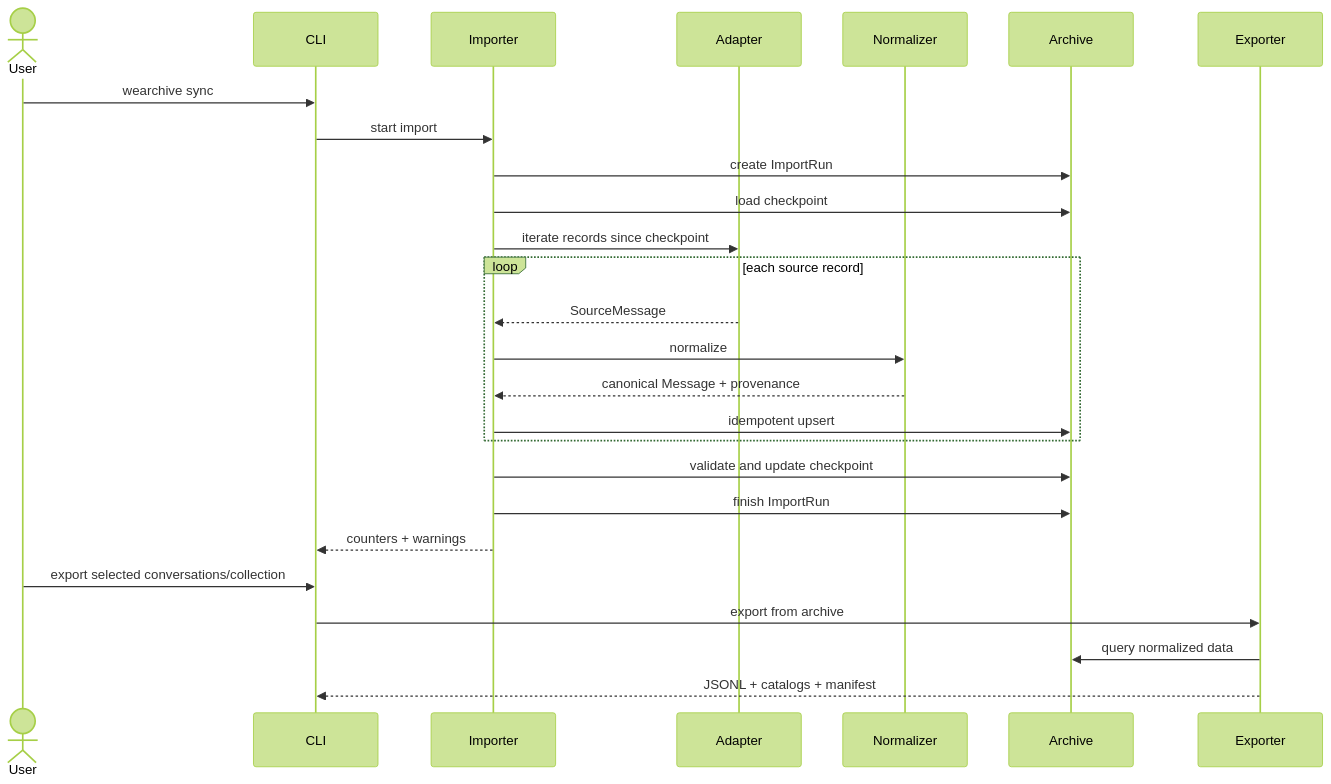
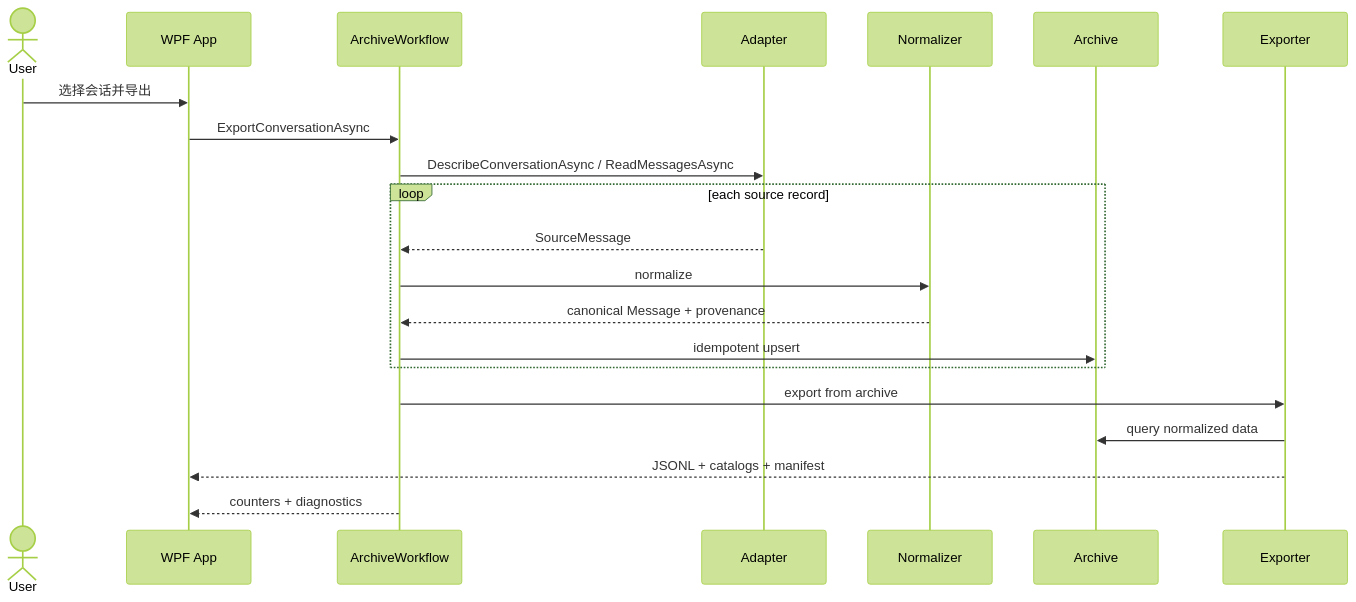
One commit to lybym/WeArchive changed the second of 3 diagrams in docs/ARCHITECTURE.md. Above: the diagram before and after it, drawn with Mermaid (forest theme). The commit also changed other lines of this file and 95 other files, not shown here.

First line of the commit message:
feat: WeArchive MVP - .NET 10 / WPF local WeChat archive and JSONL export (#4)

````diff
--- a/docs/ARCHITECTURE.md
+++ b/docs/ARCHITECTURE.md
@@ -169,30 +261,24 @@
 ```mermaid
 sequenceDiagram
     actor User
-    participant CLI
-    participant Importer
+    participant App as WPF App
+    participant Workflow as ArchiveWorkflow
     participant Adapter
     participant Normalizer
     participant Archive
     participant Exporter
 
-    User->>CLI: wearchive sync
-    CLI->>Importer: start import
-    Importer->>Archive: create ImportRun
-    Importer->>Archive: load checkpoint
-    Importer->>Adapter: iterate records since checkpoint
+    User->>App: 选择会话并导出
+    App->>Workflow: ExportConversationAsync
+    Workflow->>Adapter: DescribeConversationAsync / ReadMessagesAsync
     loop each source record
-        Adapter-->>Importer: SourceMessage
-        Importer->>Normalizer: normalize
-        Normalizer-->>Importer: canonical Message + provenance
-        Importer->>Archive: idempotent upsert
+        Adapter-->>Workflow: SourceMessage
+        Workflow->>Normalizer: normalize
+        Normalizer-->>Workflow: canonical Message + provenance
+        Workflow->>Archive: idempotent upsert
     end
-    Importer->>Archive: validate and update checkpoint
-    Importer->>Archive: finish ImportRun
-    Importer-->>CLI: counters + warnings
-
-    User->>CLI: export selected conversations/collection
-    CLI->>Exporter: export from archive
+    Workflow->>Exporter: export from archive
     Exporter->>Archive: query normalized data
-    Exporter-->>CLI: JSONL + catalogs + manifest
+    Exporter-->>App: JSONL + catalogs + manifest
+    Workflow-->>App: counters + diagnostics
 ```
````
